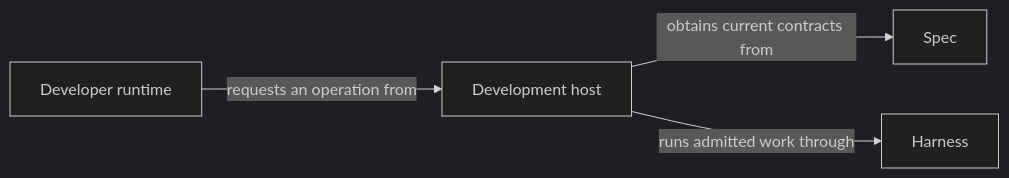
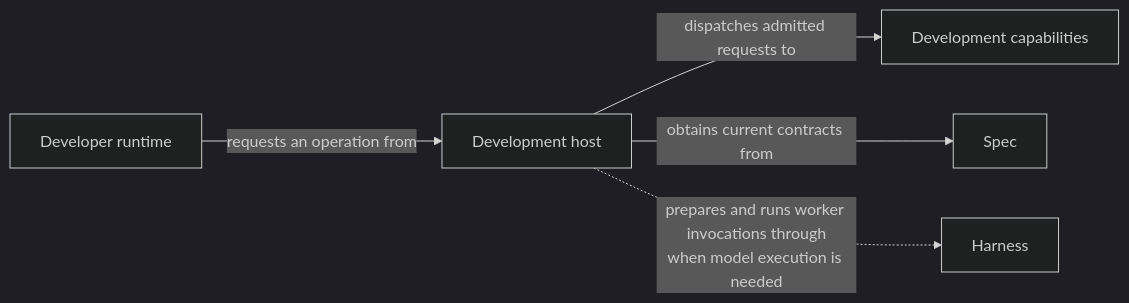
Before and after one commit to FTOD/concorde: the diagram in specs/concorde/development/module.md, drawn with Mermaid (dark theme). The commit also changed other lines of this file and 1 other file, not shown here.

Commit message:
docs(development): distinguish capability dispatch from worker execution

````diff
--- a/specs/concorde/development/module.md
+++ b/specs/concorde/development/module.md
@@ -67,12 +74,14 @@
 ```mermaid
 flowchart LR
     accTitle: From a developer request to bounded work
-    accDescr: The developer runtime submits a request to the host, which selects specifications and asks Harness to execute the admitted worker operation.
+    accDescr: The developer runtime submits a request to the host, which dispatches it to a Capability and obtains current contracts as needed. Only when model execution is needed does the host prepare and run a worker invocation through Harness; other Harness services are outside this view.
     developer["Developer runtime"]
     host["Development host"]
+    capabilities["Development capabilities"]
     spec["Spec"]
     harness["Harness"]
     developer -->|requests an operation from| host
+    host -->|dispatches admitted requests to| capabilities
     host -->|obtains current contracts from| spec
-    host -->|runs admitted work through| harness
+    host -.->|prepares and runs worker invocations through<br/>when model execution is needed| harness
 ```
````
